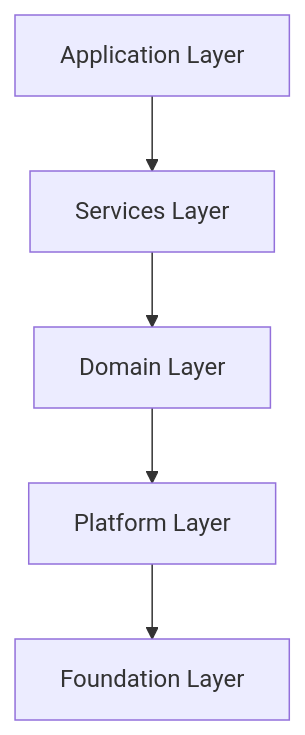
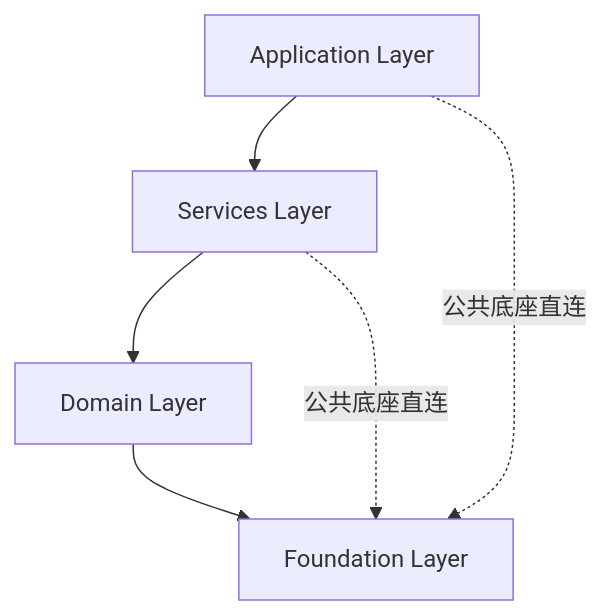
One commit to CodingRookie98/FaceFusionCpp changed the first of 2 diagrams in docs/dev/zh/architecture/design.md. Above: the diagram before and after it, drawn with Mermaid. The commit also changed other lines of this file and 5 other files, not shown here.

First line of the commit message:
docs(architecture): 按评估报告重构 layers.md 为实际 4 层结构

````diff
--- a/docs/dev/zh/architecture/design.md
+++ b/docs/dev/zh/architecture/design.md
@@ -103,7 +104,8 @@
 ```mermaid
 graph TD
     App[Application Layer] --> Svc[Services Layer]
     Svc --> Dom[Domain Layer]
-    Dom --> Plat[Platform Layer]
-    Plat --> Fdn[Foundation Layer]
+    Dom --> Fdn[Foundation Layer]
+    App -.->|公共底座直连| Fdn
+    Svc -.->|公共底座直连| Fdn
 ```
````
